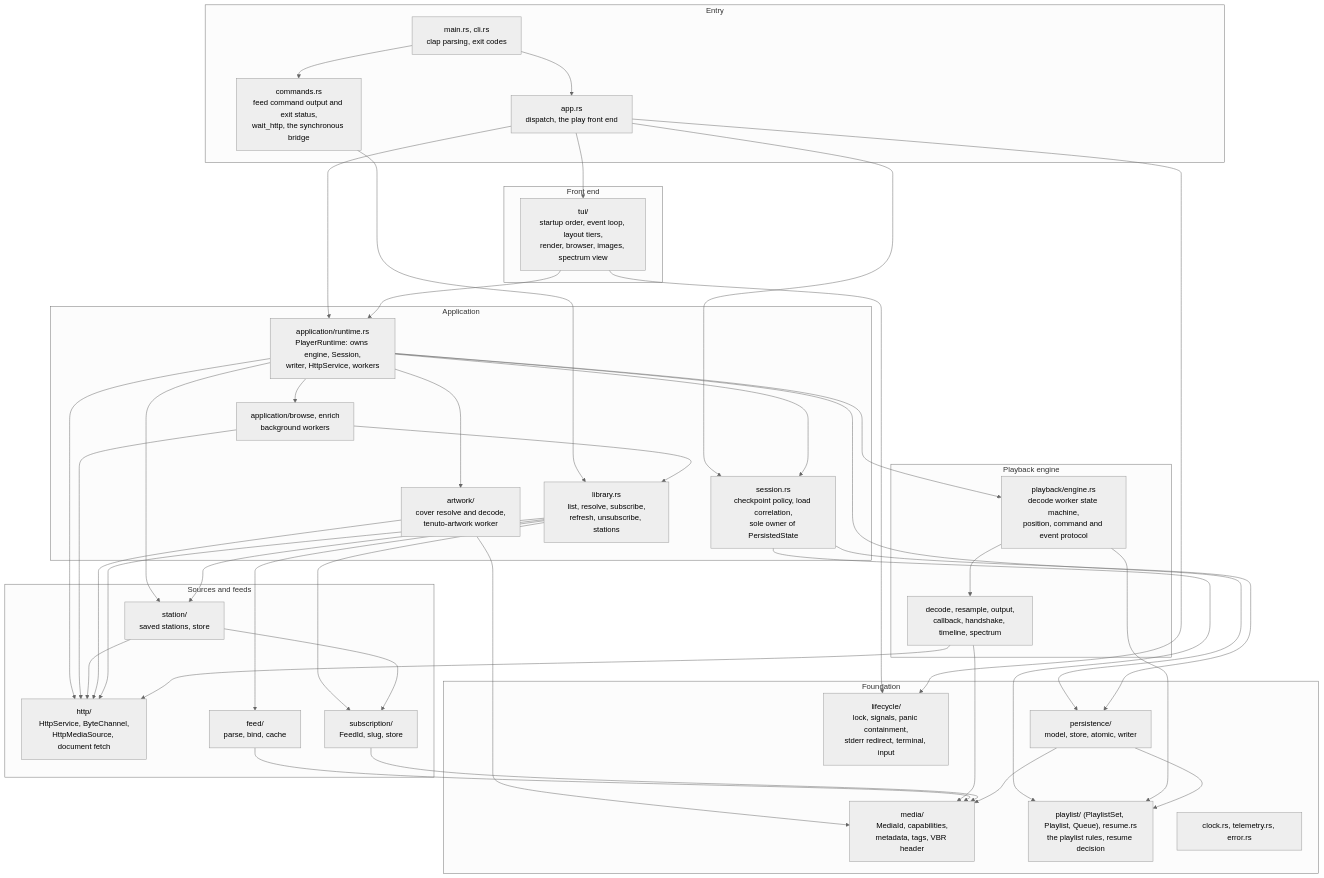
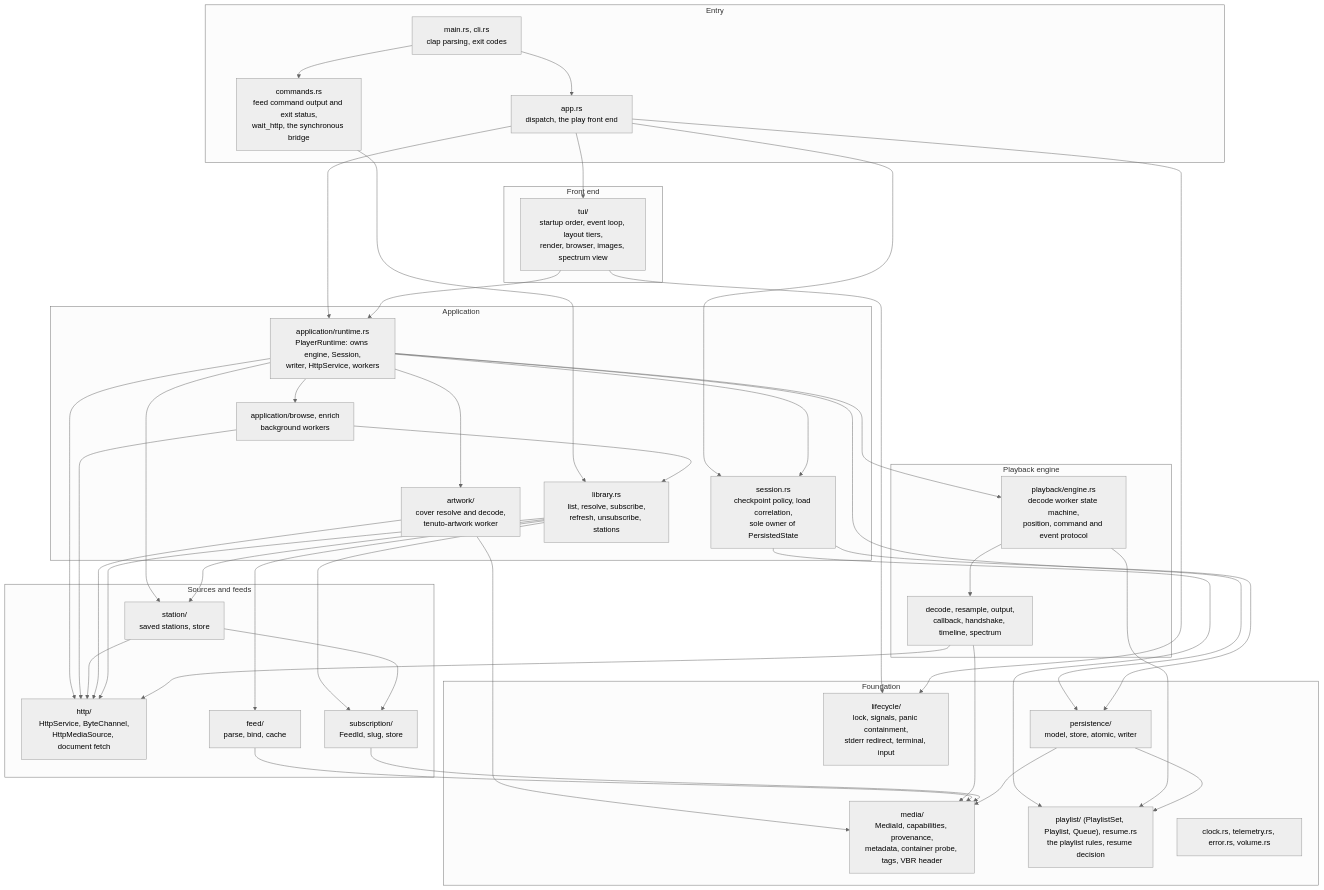
One commit to alvytsk/tenuto changed the third of 5 diagrams in docs/architecture.md. Above: the diagram before and after it, drawn with Mermaid (neutral theme). The commit also changed other lines of this file and 77 other files, not shown here.

First line of the commit message:
refactor(m9): the foundation stops reaching up — value types, the probe, AppError and redact_url move down (#42)

````diff
--- a/docs/architecture.md
+++ b/docs/architecture.md
@@ -109,77 +109,77 @@
 ```mermaid
 flowchart TB
     subgraph entry["Entry"]
         main["main.rs, cli.rs<br/>clap parsing, exit codes"]
         app["app.rs<br/>dispatch, the play front end"]
         commands["commands.rs<br/>feed command output and exit status,<br/>wait_http, the synchronous bridge"]
     end
 
     subgraph front["Front end"]
         tui["tui/<br/>startup order, event loop, layout tiers,<br/>render, browser, images, spectrum view"]
     end
 
     subgraph appl["Application"]
         runtime["application/runtime.rs<br/>PlayerRuntime: owns engine, Session,<br/>writer, HttpService, workers"]
         session["session.rs<br/>checkpoint policy, load correlation,<br/>sole owner of PersistedState"]
         library["library.rs<br/>list, resolve, subscribe,<br/>refresh, unsubscribe, stations"]
         workers["application/browse, enrich<br/>background workers"]
         artwork["artwork/<br/>cover resolve and decode,<br/>tenuto-artwork worker"]
     end
 
     subgraph engine["Playback engine"]
         eng["playback/engine.rs<br/>decode worker state machine,<br/>position, command and event protocol"]
         pipe["decode, resample, output,<br/>callback, handshake, timeline, spectrum"]
     end
 
     subgraph sources["Sources and feeds"]
         http["http/<br/>HttpService, ByteChannel,<br/>HttpMediaSource, document fetch"]
         feed["feed/<br/>parse, bind, cache"]
         subscr["subscription/<br/>FeedId, slug, store"]
         station["station/<br/>saved stations, store"]
     end
 
     subgraph base["Foundation"]
-        media["media/<br/>MediaId, capabilities,<br/>metadata, tags, VBR header"]
+        media["media/<br/>MediaId, capabilities, provenance,<br/>metadata, container probe, tags, VBR header"]
         persist["persistence/<br/>model, store, atomic, writer"]
         queue["playlist/ (PlaylistSet, Playlist, Queue), resume.rs<br/>the playlist rules, resume decision"]
         lifecycle["lifecycle/<br/>lock, signals, panic containment,<br/>stderr redirect, terminal, input"]
-        clock["clock.rs, telemetry.rs, error.rs"]
+        clock["clock.rs, telemetry.rs, error.rs, volume.rs"]
     end
 
     main --> app
     main --> commands
     app --> tui
     app --> runtime
     app --> session
     commands --> library
     tui --> runtime
     runtime --> session
     runtime --> eng
     runtime --> http
     runtime --> workers
     runtime --> artwork
     runtime --> station
     runtime --> persist
     workers --> library
     workers --> http
     session --> queue
     session --> persist
     library --> feed
     library --> subscr
     library --> station
     station --> subscr
     station --> http
     artwork --> http
     artwork --> media
     library --> http
     eng --> pipe
     eng --> queue
     pipe --> http
     pipe --> media
     feed --> media
     subscr --> media
     persist --> media
     persist --> queue
     tui --> lifecycle
     app --> lifecycle
 ```
````
